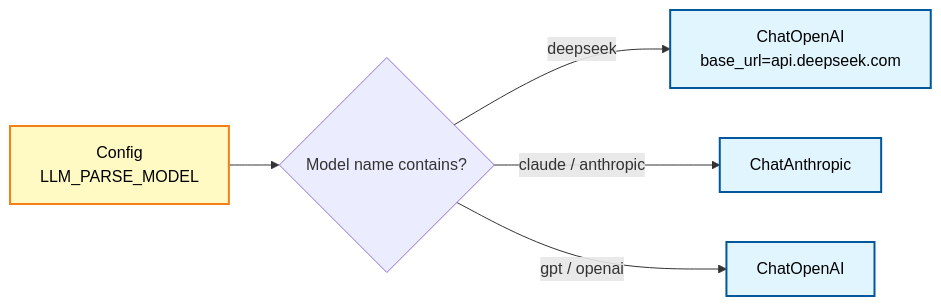
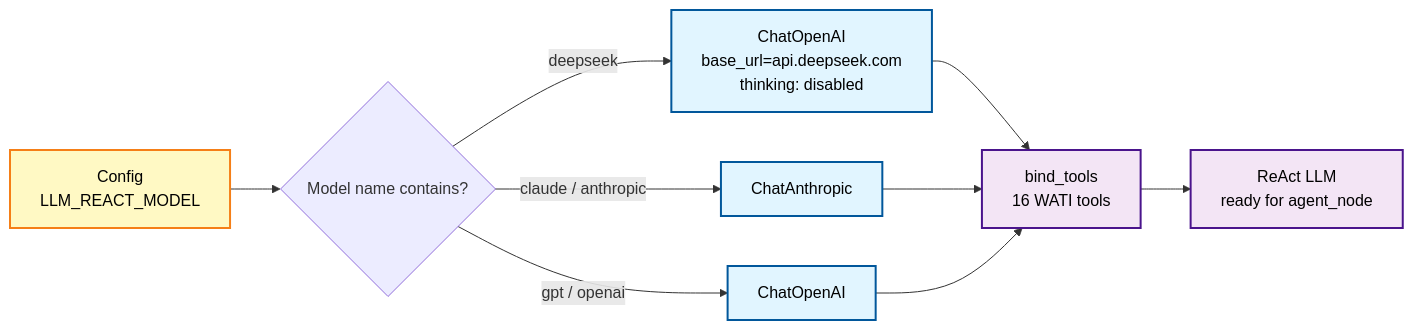
One commit to BESTBBZED/wati-conductor changed the sixth of 6 diagrams in docs/architecture.md. Above: the diagram before and after it, drawn with Mermaid. The commit also changed other lines of this file and 18 other files, not shown here.

````diff
--- a/docs/architecture.md
+++ b/docs/architecture.md
@@ -261,13 +284,21 @@
 ```mermaid
 graph LR
-    CFG[Config<br/>LLM_PARSE_MODEL] --> DETECT{Model name contains?}
-    DETECT -->|deepseek| DS[ChatOpenAI<br/>base_url=api.deepseek.com]
+    CFG[Config<br/>LLM_REACT_MODEL] --> DETECT{Model name contains?}
+    DETECT -->|deepseek| DS[ChatOpenAI<br/>base_url=api.deepseek.com<br/>thinking: disabled]
     DETECT -->|claude / anthropic| AN[ChatAnthropic]
     DETECT -->|gpt / openai| OA[ChatOpenAI]
 
+    BIND[bind_tools<br/>16 WATI tools] --> REACT[ReAct LLM<br/>ready for agent_node]
+
+    DS --> BIND
+    AN --> BIND
+    OA --> BIND
+
     classDef config fill:#fff9c4,stroke:#f57f17,stroke-width:2px,color:#000
     classDef provider fill:#e1f5ff,stroke:#01579b,stroke-width:2px,color:#000
+    classDef bind fill:#f3e5f5,stroke:#4a148c,stroke-width:2px,color:#000
 
     class CFG config
     class DS,AN,OA provider
+    class BIND,REACT bind
 ```
````
